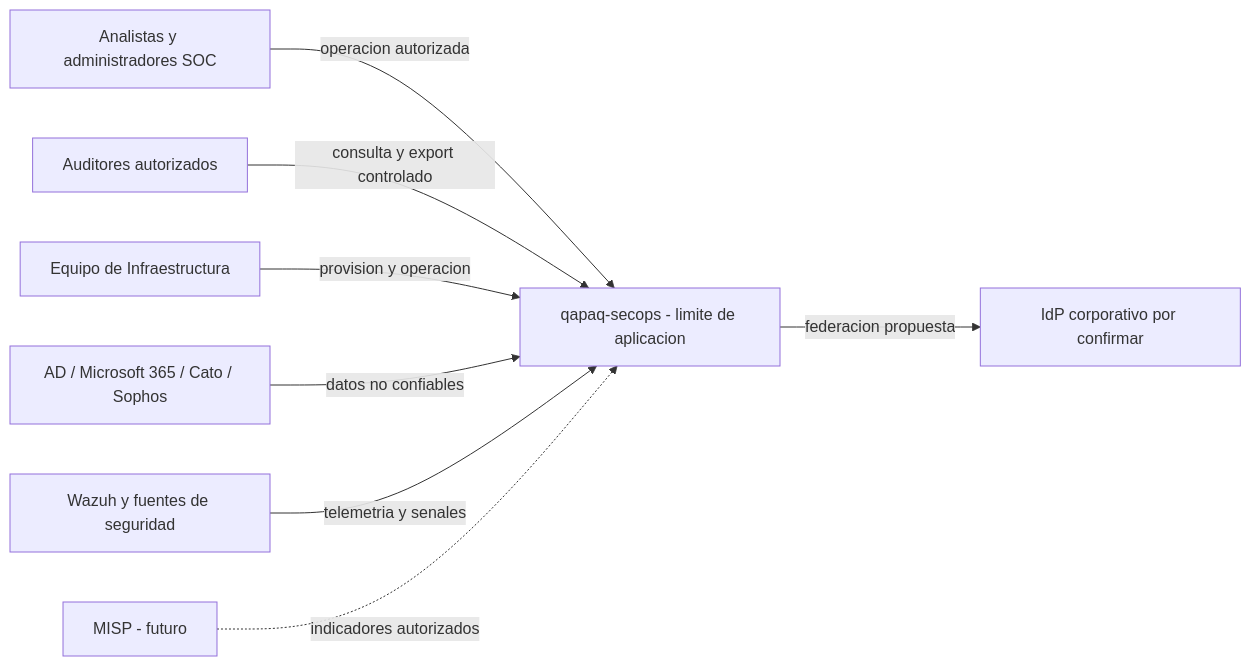
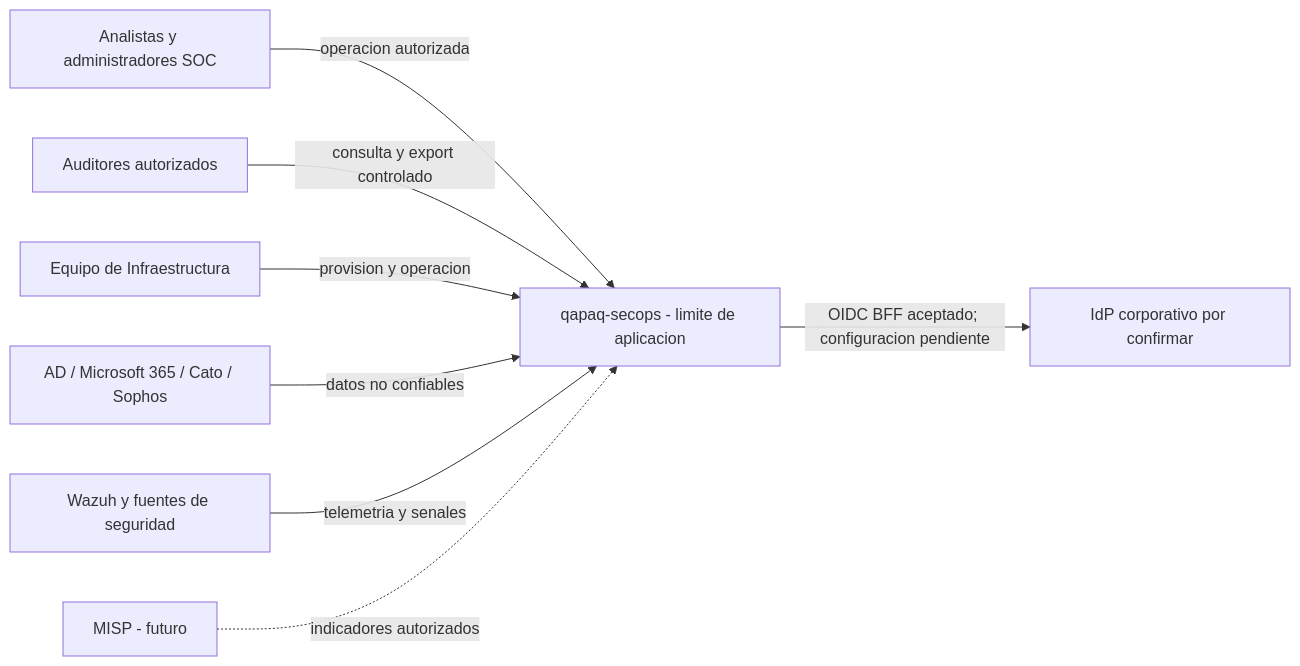
Before and after one commit to CyberStill-GmbH/qapaq-secops: the diagram in docs/diagrams/01-system-context.mmd, drawn with Mermaid. The commit also changed 18 other files, not shown here.

```diff
--- a/docs/diagrams/01-system-context.mmd
+++ b/docs/diagrams/01-system-context.mmd
@@ -1,16 +1,16 @@
 flowchart LR
     SOC["Analistas y administradores SOC"]
     AUD["Auditores autorizados"]
     OPS["Equipo de Infraestructura"]
     APP["qapaq-secops - limite de aplicacion"]
     IDP["IdP corporativo por confirmar"]
     SOURCES["AD / Microsoft 365 / Cato / Sophos"]
     SIEM["Wazuh y fuentes de seguridad"]
     FUTURE["MISP - futuro"]
     SOC -->|operacion autorizada| APP
     AUD -->|consulta y export controlado| APP
     OPS -->|provision y operacion| APP
-    APP -->|federacion propuesta| IDP
+    APP -->|OIDC BFF aceptado; configuracion pendiente| IDP
     SOURCES -->|datos no confiables| APP
     SIEM -->|telemetria y senales| APP
     FUTURE -.->|indicadores autorizados| APP
```
